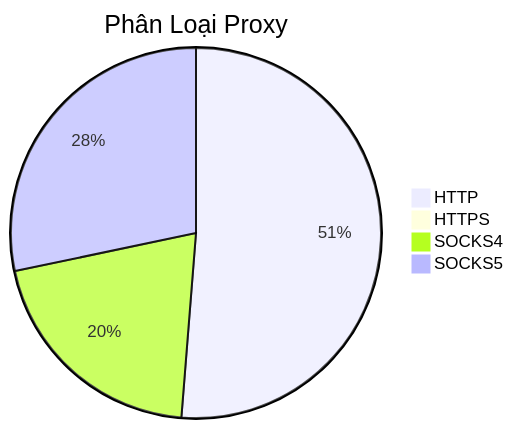
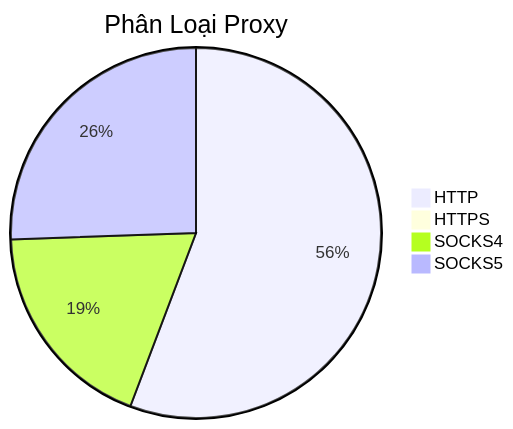
One commit to Ciara-12/PROXY-free changed the diagram in README.md. Above: the diagram before and after it, drawn with Mermaid. The commit also changed other lines of this file and 4 other files, not shown here.

````diff
--- a/README.md
+++ b/README.md
@@ -26,7 +26,7 @@
 ```mermaid
 pie title Phân Loại Proxy
-    "HTTP" : 672
-    "HTTPS" : 1
-    "SOCKS4" : 268
-    "SOCKS5" : 371
+    "HTTP" : 803
+    "HTTPS" : 0
+    "SOCKS4" : 269
+    "SOCKS5" : 368
 ```
````
